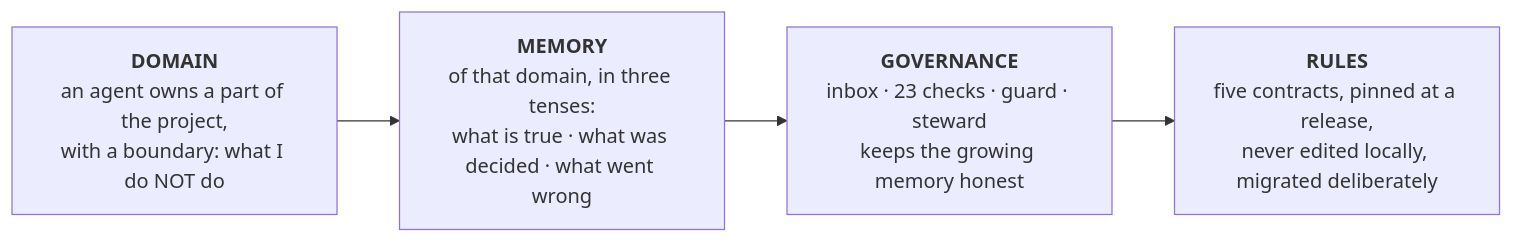
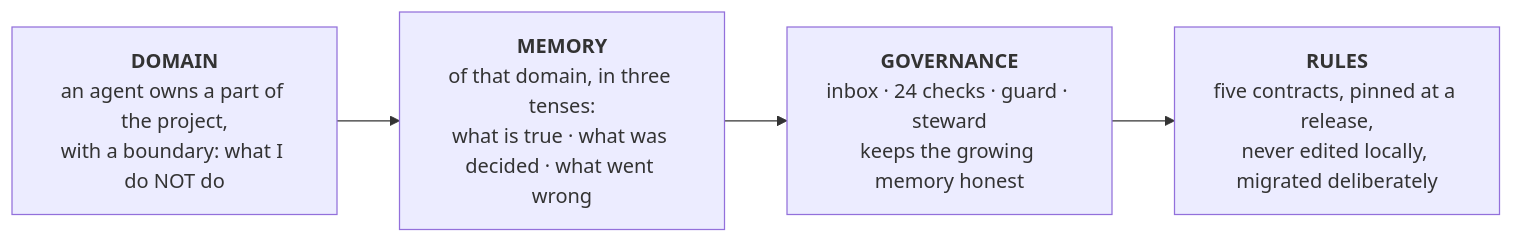
Before and after one commit to CritosAI/critos: the diagram in README.md, drawn with Mermaid. The commit also changed other lines of this file and 13 other files, not shown here.

````diff
--- a/README.md
+++ b/README.md
@@ -83,8 +83,8 @@
 ```mermaid
 flowchart LR
     D["<b>DOMAIN</b><br/>an agent owns a part of the project,<br/>with a boundary: what I do NOT do"]
     M["<b>MEMORY</b><br/>of that domain, in three tenses:<br/>what is true · what was decided · what went wrong"]
-    G["<b>GOVERNANCE</b><br/>inbox · 23 checks · guard · steward<br/>keeps the growing memory honest"]
+    G["<b>GOVERNANCE</b><br/>inbox · 24 checks · guard · steward<br/>keeps the growing memory honest"]
     R["<b>RULES</b><br/>five contracts, pinned at a release,<br/>never edited locally, migrated deliberately"]
     D --> M --> G --> R
 ```
````
